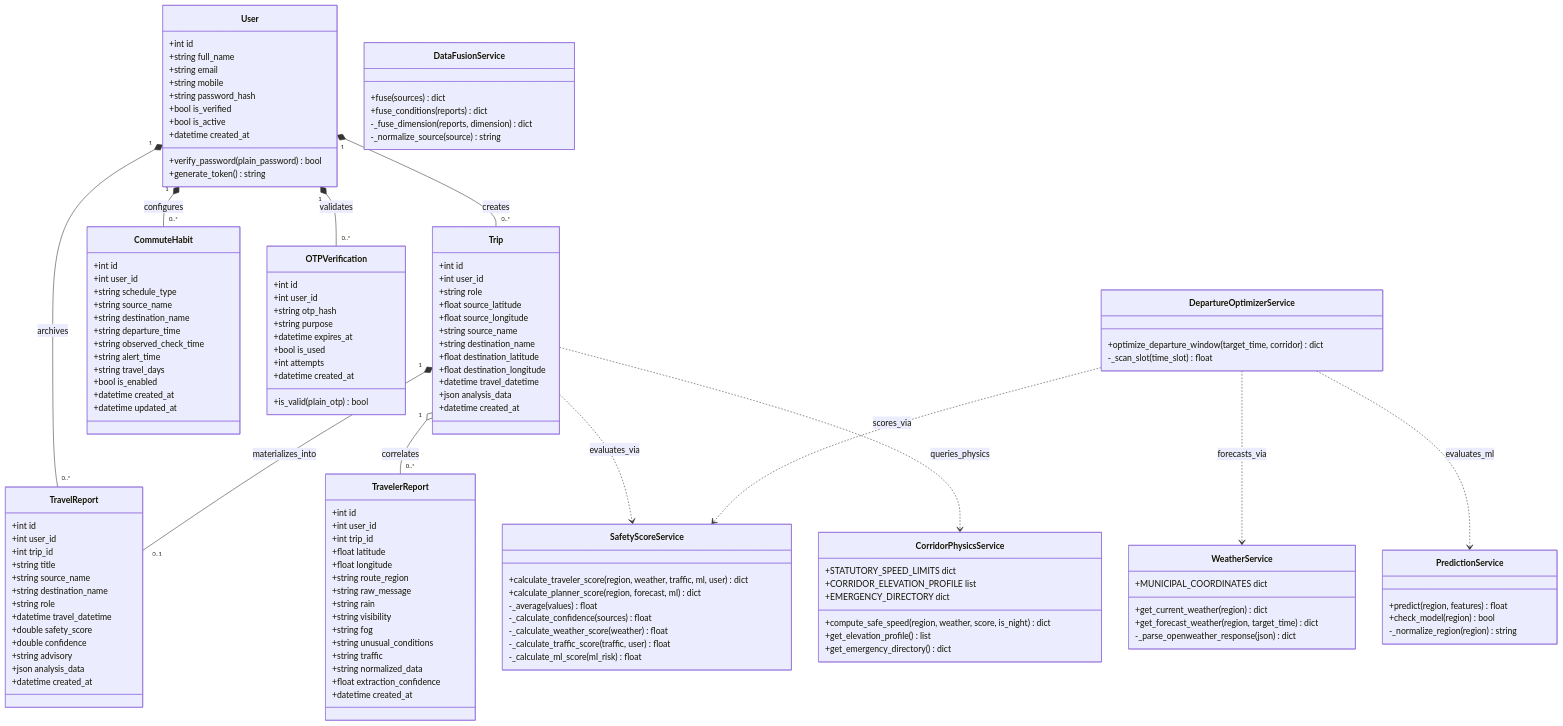
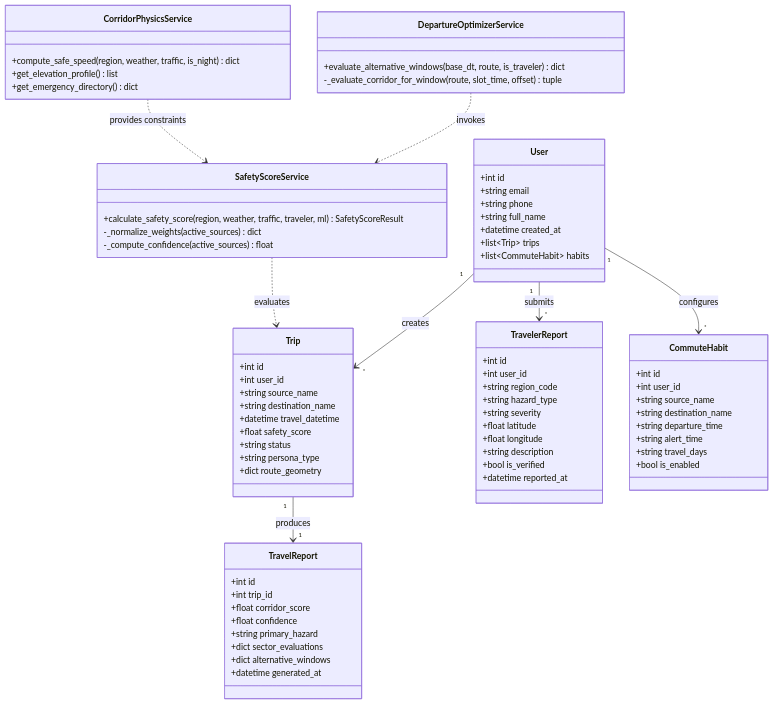
One commit to daredevil2304/traveladvisory changed the fourth of 15 diagrams in MUMBAI_PUNE_TRAVEL_INTELLIGENCE_MASTER_REPORT.md. Above: the diagram before and after it, drawn with Mermaid. The commit also changed other lines of this file and 1 other file, not shown here.

Commit message:
docs: publish 10/10 Master Engineering Report & System Architecture Manual (Expanded Edition)

````diff
--- a/MUMBAI_PUNE_TRAVEL_INTELLIGENCE_MASTER_REPORT.md
+++ b/MUMBAI_PUNE_TRAVEL_INTELLIGENCE_MASTER_REPORT.md
@@ -197,146 +273,83 @@
 classDiagram
     class User {
         +int id
+        +string email
+        +string phone
         +string full_name
-        +string email
-        +string mobile
-        +string password_hash
-        +bool is_verified
-        +bool is_active
         +datetime created_at
-        +verify_password(plain_password) bool
-        +generate_token() string
+        +list~Trip~ trips
+        +list~CommuteHabit~ habits
     }
 
     class Trip {
         +int id
         +int user_id
-        +string role
-        +float source_latitude
-        +float source_longitude
         +string source_name
         +string destination_name
-        +float destination_latitude
-        +float destination_longitude
         +datetime travel_datetime
-        +json analysis_data
-        +datetime created_at
+        +float safety_score
+        +string status
+        +string persona_type
+        +dict route_geometry
     }
 
     class TravelReport {
         +int id
-        +int user_id
         +int trip_id
-        +string title
-        +string source_name
-        +string destination_name
-        +string role
-        +datetime travel_datetime
-        +double safety_score
-        +double confidence
-        +string advisory
-        +json analysis_data
-        +datetime created_at
+        +float corridor_score
+        +float confidence
+        +string primary_hazard
+        +dict sector_evaluations
+        +dict alternative_windows
+        +datetime generated_at
     }
 
     class TravelerReport {
         +int id
         +int user_id
-        +int trip_id
+        +string region_code
+        +string hazard_type
+        +string severity
         +float latitude
         +float longitude
-        +string route_region
-        +string raw_message
-        +string rain
-        +string visibility
-        +string fog
-        +string unusual_conditions
-        +string traffic
-        +string normalized_data
-        +float extraction_confidence
-        +datetime created_at
+        +string description
+        +bool is_verified
+        +datetime reported_at
     }
 
     class CommuteHabit {
         +int id
         +int user_id
-        +string schedule_type
         +string source_name
         +string destination_name
         +string departure_time
-        +string observed_check_time
         +string alert_time
         +string travel_days
         +bool is_enabled
-        +datetime created_at
-        +datetime updated_at
-    }
-
-    class OTPVerification {
-        +int id
-        +int user_id
-        +string otp_hash
-        +string purpose
-        +datetime expires_at
-        +bool is_used
-        +int attempts
-        +datetime created_at
-        +is_valid(plain_otp) bool
     }
 
     class SafetyScoreService {
-        +calculate_traveler_score(region, weather, traffic, ml, user) dict
-        +calculate_planner_score(region, forecast, ml) dict
-        -_average(values) float
-        -_calculate_confidence(sources) float
-        -_calculate_weather_score(weather) float
-        -_calculate_traffic_score(traffic, user) float
-        -_calculate_ml_score(ml_risk) float
+        +calculate_safety_score(region, weather, traffic, traveler, ml) SafetyScoreResult
+        -_normalize_weights(active_sources) dict
+        -_compute_confidence(active_sources) float
+    }
+
+    class DepartureOptimizerService {
+        +evaluate_alternative_windows(base_dt, route, is_traveler) dict
+        -_evaluate_corridor_for_window(route, slot_time, offset) tuple
     }
 
     class CorridorPhysicsService {
-        +STATUTORY_SPEED_LIMITS dict
-        +CORRIDOR_ELEVATION_PROFILE list
-        +EMERGENCY_DIRECTORY dict
-        +compute_safe_speed(region, weather, score, is_night) dict
+        +compute_safe_speed(region, weather, traffic, is_night) dict
         +get_elevation_profile() list
         +get_emergency_directory() dict
     }
 
-    class DataFusionService {
-        +fuse(sources) dict
-        +fuse_conditions(reports) dict
-        -_fuse_dimension(reports, dimension) dict
-        -_normalize_source(source) string
-    }
-
-    class DepartureOptimizerService {
-        +optimize_departure_window(target_time, corridor) dict
-        -_scan_slot(time_slot) float
-    }
-
-    class WeatherService {
-        +MUNICIPAL_COORDINATES dict
-        +get_current_weather(region) dict
-        +get_forecast_weather(region, target_time) dict
-        -_parse_openweather_response(json) dict
-    }
-
-    class PredictionService {
-        +predict(region, features) float
-        +check_model(region) bool
-        -_normalize_region(region) string
-    }
-
-    User "1" *-- "0..*" Trip : creates
-    User "1" *-- "0..*" TravelReport : archives
-    User "1" *-- "0..*" CommuteHabit : configures
-    User "1" *-- "0..*" OTPVerification : validates
-    Trip "1" *-- "0..1" TravelReport : materializes_into
-    Trip "1" o-- "0..*" TravelerReport : correlates
-    Trip ..> SafetyScoreService : evaluates_via
-    Trip ..> CorridorPhysicsService : queries_physics
-    DepartureOptimizerService ..> WeatherService : forecasts_via
-    DepartureOptimizerService ..> PredictionService : evaluates_ml
-    DepartureOptimizerService ..> SafetyScoreService : scores_via
+    User "1" --> "*" Trip : creates
+    User "1" --> "*" CommuteHabit : configures
+    User "1" --> "*" TravelerReport : submits
+    Trip "1" --> "1" TravelReport : produces
+    SafetyScoreService ..> Trip : evaluates
+    DepartureOptimizerService ..> SafetyScoreService : invokes
+    CorridorPhysicsService ..> SafetyScoreService : provides constraints
 ```
````
